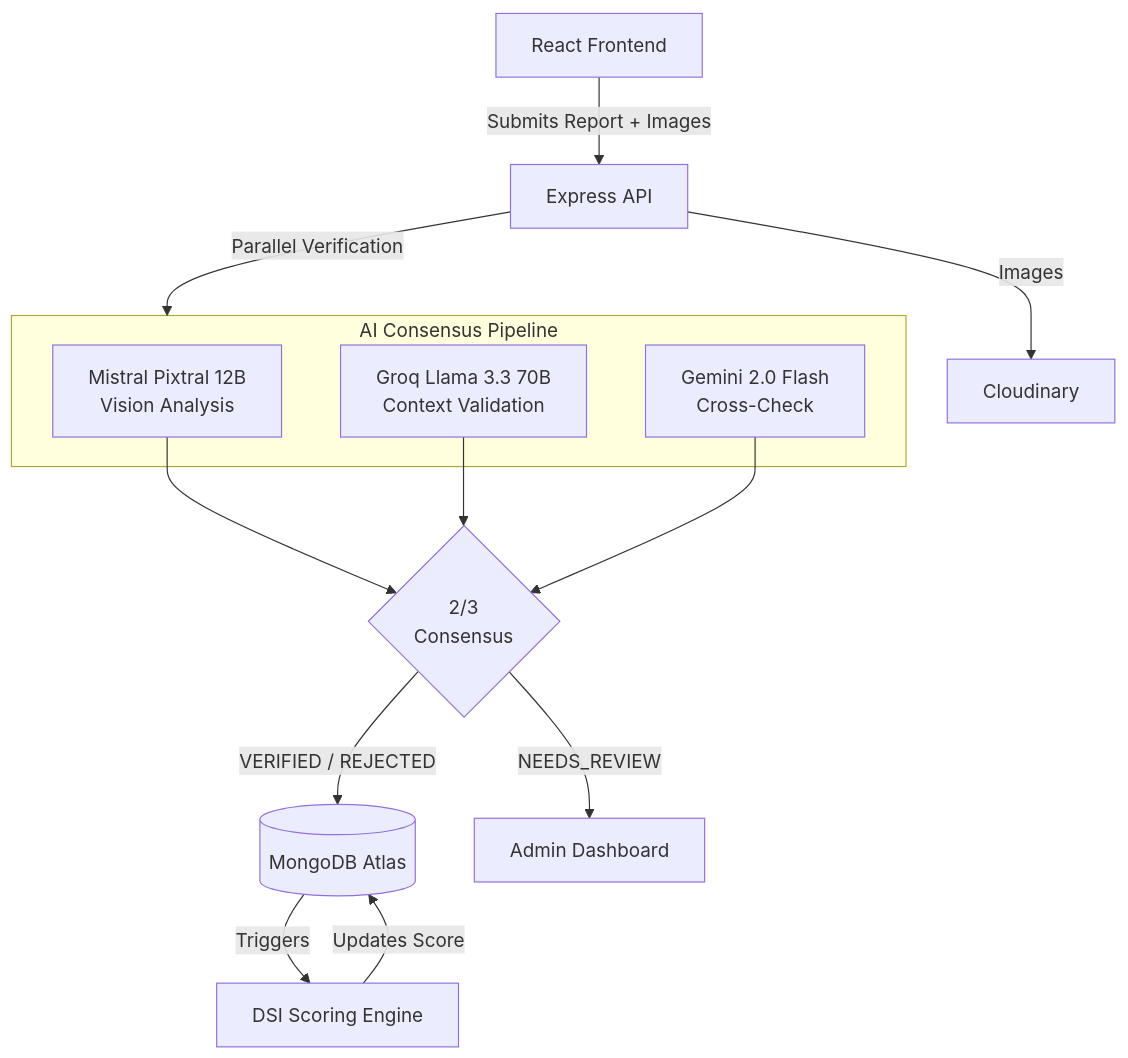
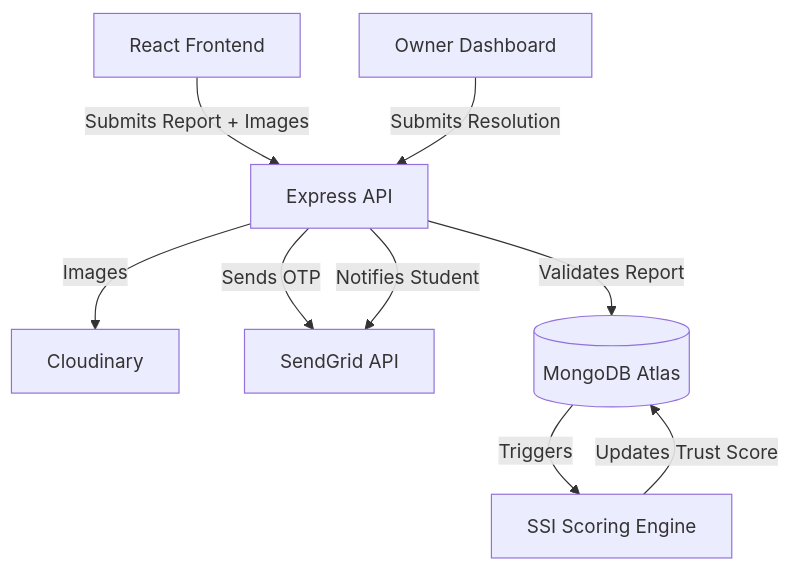
The diagram in README.md (sameekshyaranjan/DormWatch), drawn with Mermaid before and after one commit. The commit also changed other lines of this file, not shown here.

````diff
--- a/README.md
+++ b/README.md
@@ -63,22 +61,14 @@
 ```mermaid
 graph TD
     Client[React Frontend] --> |Submits Report + Images| API[Express API]
     API --> |Images| CDN[Cloudinary]
-    API --> |Parallel Verification| AI_Layer
+    API --> |Sends OTP| SG[SendGrid API]
     
-    subgraph AI_Layer [AI Consensus Pipeline]
-        Mistral[Mistral Pixtral 12B<br>Vision Analysis]
-        Groq[Groq Llama 3.3 70B<br>Context Validation]
-        Gemini[Gemini 2.0 Flash<br>Cross-Check]
-    end
+    API --> |Validates Report| DB[(MongoDB Atlas)]
     
-    Mistral --> Consensus{2/3<br>Consensus}
-    Groq --> Consensus
-    Gemini --> Consensus
+    DB --> |Triggers| DSICalc[SSI Scoring Engine]
+    DSICalc --> |Updates Trust Score| DB
     
-    Consensus --> |VERIFIED / REJECTED| DB[(MongoDB Atlas)]
-    Consensus --> |NEEDS_REVIEW| Admin[Admin Dashboard]
-    
-    DB --> |Triggers| DSICalc[DSI Scoring Engine]
-    DSICalc --> |Updates Score| DB
+    Owner[Owner Dashboard] --> |Submits Resolution| API
+    API --> |Notifies Student| SG
 ```
````
